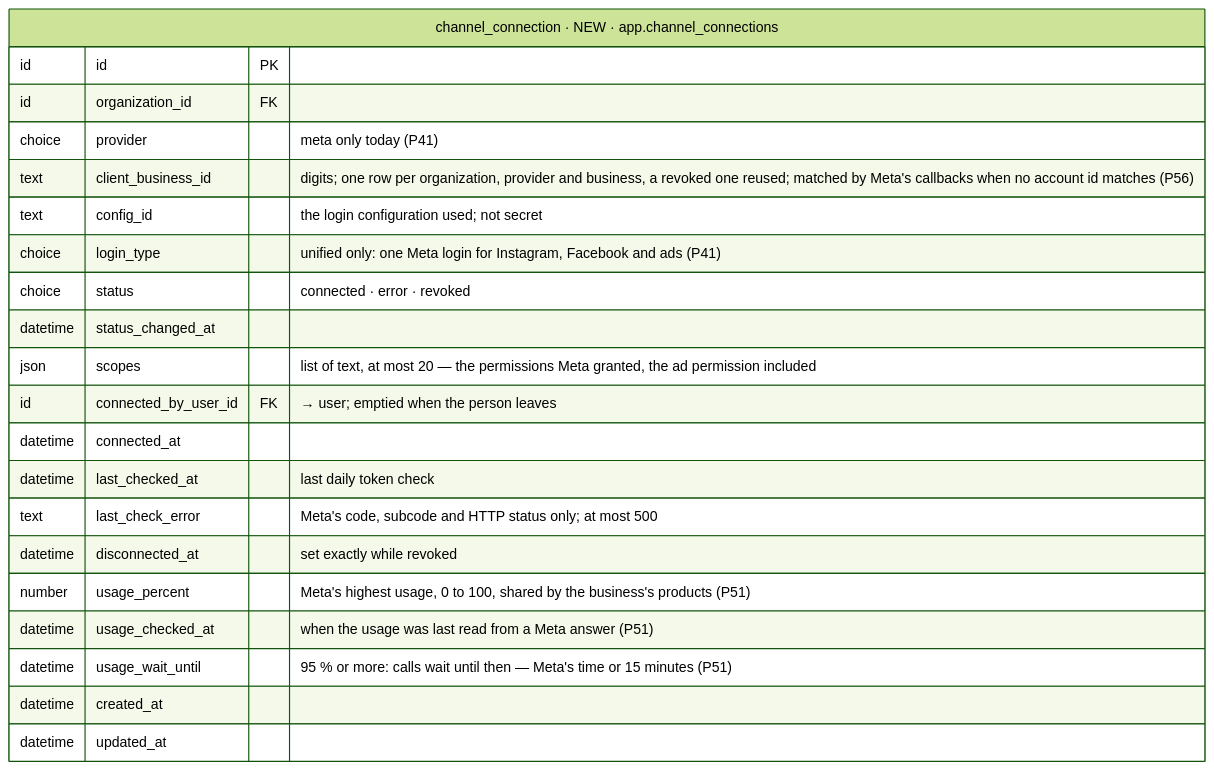
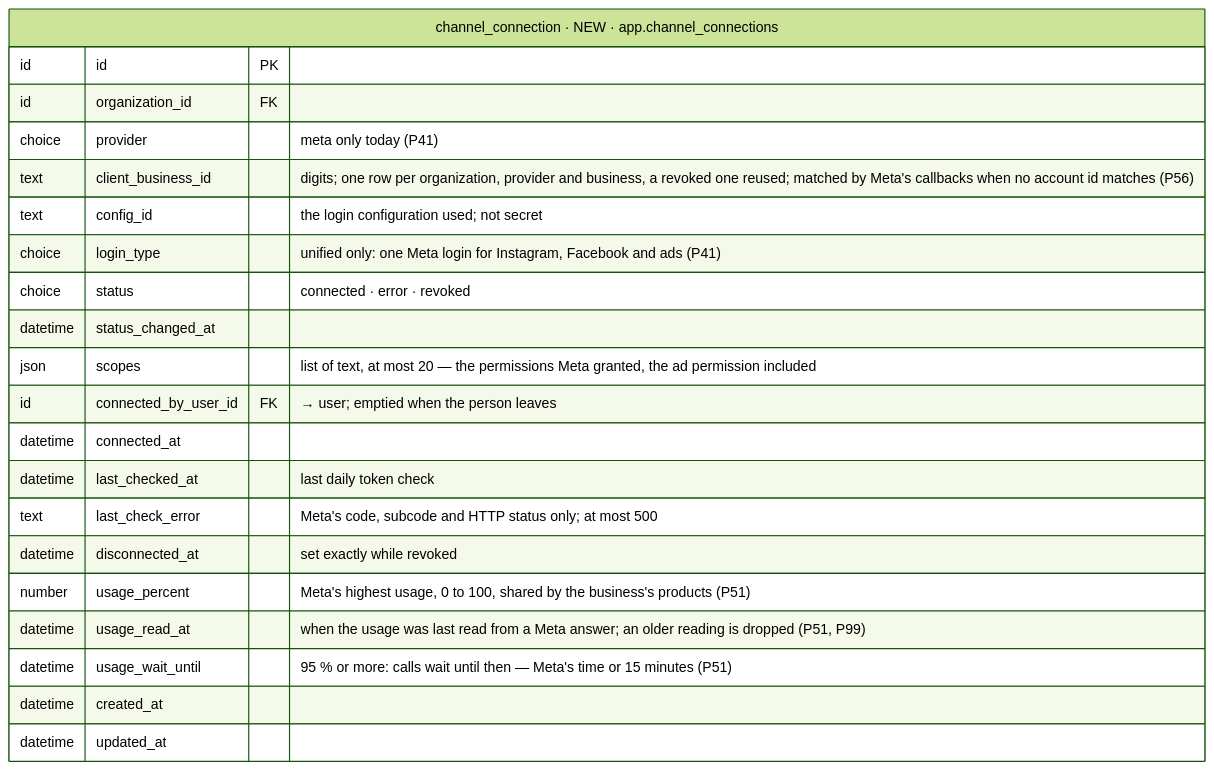
The second of 39 diagrams in iterations/feat-instagram-dm-sending-2026-11-23-oxak/plans/db-changes.md (albetrios/meepzo-be), drawn with Mermaid (forest theme) before and after one commit. The commit also changed other lines of this file and 3 other files, not shown here.

````diff
--- a/iterations/feat-instagram-dm-sending-2026-11-23-oxak/plans/db-changes.md
+++ b/iterations/feat-instagram-dm-sending-2026-11-23-oxak/plans/db-changes.md
@@ -300,24 +347,24 @@
 ```mermaid
 erDiagram
   channel_connection["channel_connection · NEW · app.channel_connections"] {
     id id PK
     id organization_id FK
     choice provider "meta only today (P41)"
     text client_business_id "digits; one row per organization, provider and business, a revoked one reused; matched by Meta's callbacks when no account id matches (P56)"
     text config_id "the login configuration used; not secret"
     choice login_type "unified only: one Meta login for Instagram, Facebook and ads (P41)"
     choice status "connected · error · revoked"
     datetime status_changed_at
     json scopes "list of text, at most 20 — the permissions Meta granted, the ad permission included"
     id connected_by_user_id FK "→ user; emptied when the person leaves"
     datetime connected_at
     datetime last_checked_at "last daily token check"
     text last_check_error "Meta's code, subcode and HTTP status only; at most 500"
     datetime disconnected_at "set exactly while revoked"
     number usage_percent "Meta's highest usage, 0 to 100, shared by the business's products (P51)"
-    datetime usage_checked_at "when the usage was last read from a Meta answer (P51)"
+    datetime usage_read_at "when the usage was last read from a Meta answer; an older reading is dropped (P51, P99)"
     datetime usage_wait_until "95 % or more: calls wait until then — Meta's time or 15 minutes (P51)"
     datetime created_at
     datetime updated_at
   }
 ```
````
